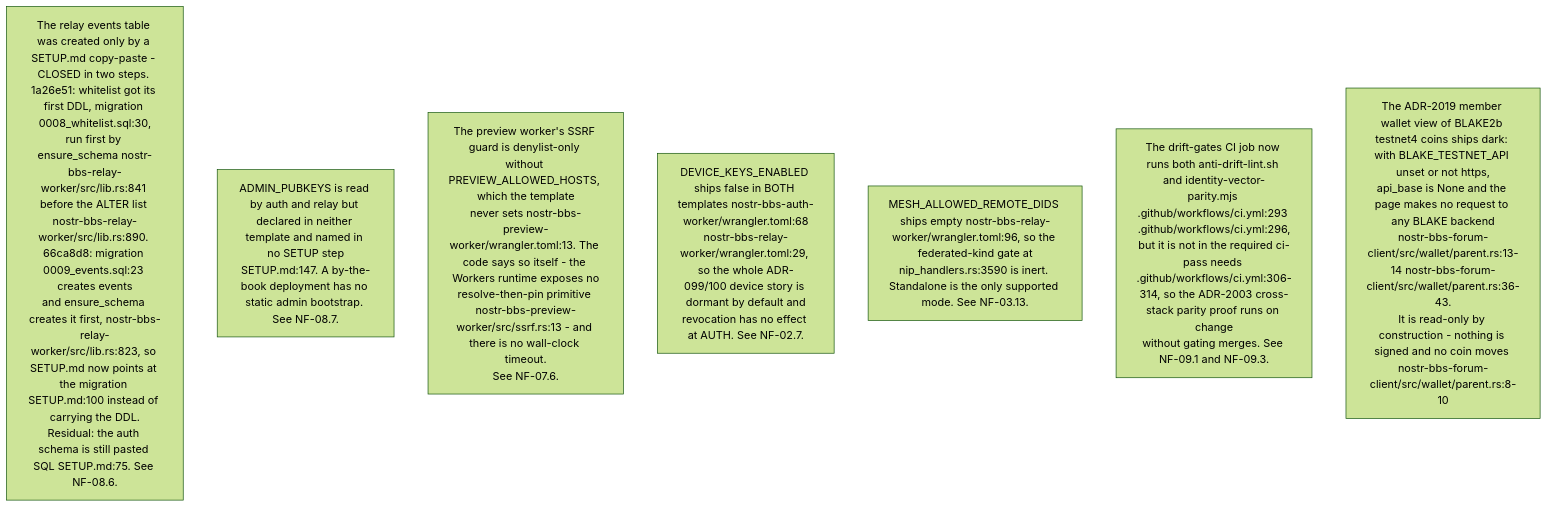
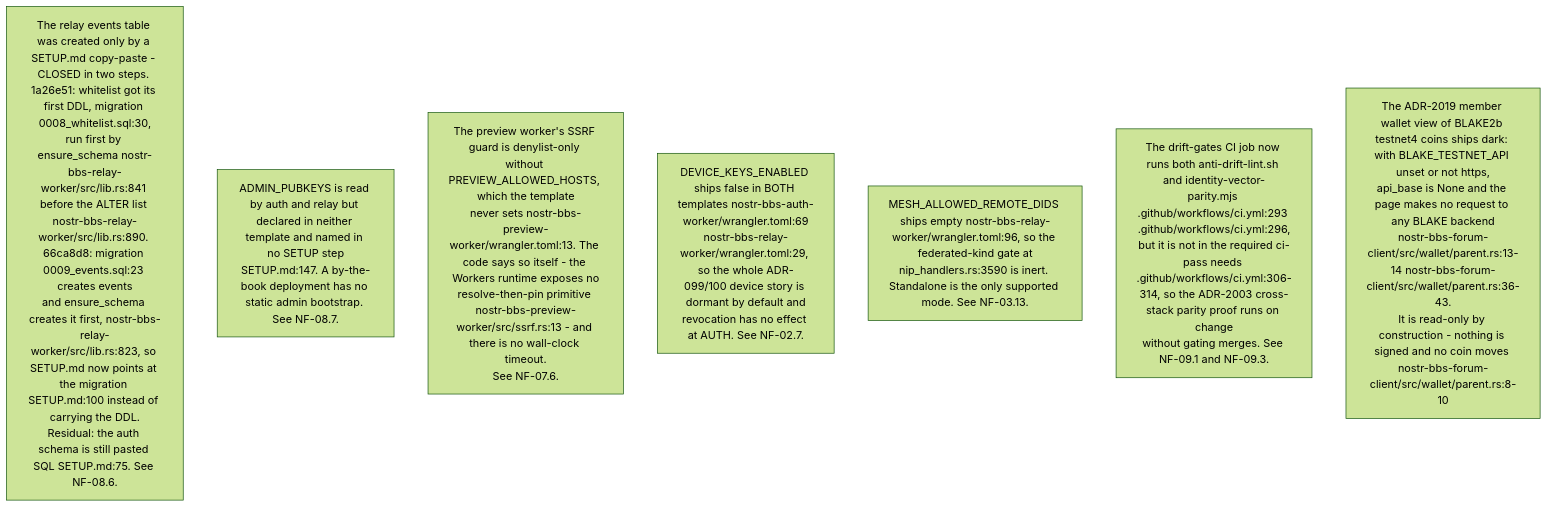
Before and after one commit to DreamLab-AI/VisionFlow: the sixth of 10 diagrams in docs/diagrams/nostr-rust-forum/10-invariants-and-anomaly-register.md, drawn with Mermaid (forest theme). The commit also changed other lines of this file and 142 other files, not shown here.

First line of the commit message:
docs(diagrams): one System One route; re-verify 140 topics at today's heads

````diff
--- a/docs/diagrams/nostr-rust-forum/10-invariants-and-anomaly-register.md
+++ b/docs/diagrams/nostr-rust-forum/10-invariants-and-anomaly-register.md
@@ -144,10 +144,10 @@
 ```mermaid
 flowchart TB
     S1["The relay events table was created only by a SETUP.md copy-paste - CLOSED in two steps. 1a26e51: whitelist got its first DDL, migration 0008_whitelist.sql:30,<br/>run first by ensure_schema nostr-bbs-relay-worker/src/lib.rs:841 before the ALTER list nostr-bbs-relay-worker/src/lib.rs:890. 66ca8d8: migration 0009_events.sql:23 creates events<br/>and ensure_schema creates it first, nostr-bbs-relay-worker/src/lib.rs:823, so SETUP.md now points at the migration SETUP.md:100 instead of carrying the DDL.<br/>Residual: the auth schema is still pasted SQL SETUP.md:75. See NF-08.6."]
     S2["ADMIN_PUBKEYS is read by auth and relay but declared in neither template and named in no SETUP step<br/>SETUP.md:147. A by-the-book deployment has no static admin bootstrap. See NF-08.7."]
     S3["The preview worker's SSRF guard is denylist-only without PREVIEW_ALLOWED_HOSTS, which the template<br/>never sets nostr-bbs-preview-worker/wrangler.toml:13. The code says so itself - the Workers runtime exposes no<br/>resolve-then-pin primitive nostr-bbs-preview-worker/src/ssrf.rs:13 - and there is no wall-clock timeout.<br/>See NF-07.6."]
-    S4["DEVICE_KEYS_ENABLED ships false in BOTH templates nostr-bbs-auth-worker/wrangler.toml:68<br/>nostr-bbs-relay-worker/wrangler.toml:29, so the whole ADR-099/100 device story is dormant by default and<br/>revocation has no effect at AUTH. See NF-02.7."]
+    S4["DEVICE_KEYS_ENABLED ships false in BOTH templates nostr-bbs-auth-worker/wrangler.toml:69<br/>nostr-bbs-relay-worker/wrangler.toml:29, so the whole ADR-099/100 device story is dormant by default and<br/>revocation has no effect at AUTH. See NF-02.7."]
     S5["MESH_ALLOWED_REMOTE_DIDS ships empty nostr-bbs-relay-worker/wrangler.toml:96, so the federated-kind gate at<br/>nip_handlers.rs:3590 is inert. Standalone is the only supported mode. See NF-03.13."]
     S6["The drift-gates CI job now runs both anti-drift-lint.sh and identity-vector-parity.mjs .github/workflows/ci.yml:293 .github/workflows/ci.yml:296,<br/>but it is not in the required ci-pass needs .github/workflows/ci.yml:306-314, so the ADR-2003 cross-stack parity proof runs on change<br/>without gating merges. See NF-09.1 and NF-09.3."]
     S7["The ADR-2019 member wallet view of BLAKE2b testnet4 coins ships dark: with BLAKE_TESTNET_API unset or not https,<br/>api_base is None and the page makes no request to any BLAKE backend<br/>nostr-bbs-forum-client/src/wallet/parent.rs:13-14 nostr-bbs-forum-client/src/wallet/parent.rs:36-43.<br/>It is read-only by construction - nothing is signed and no coin moves nostr-bbs-forum-client/src/wallet/parent.rs:8-10"]
 ```
````
